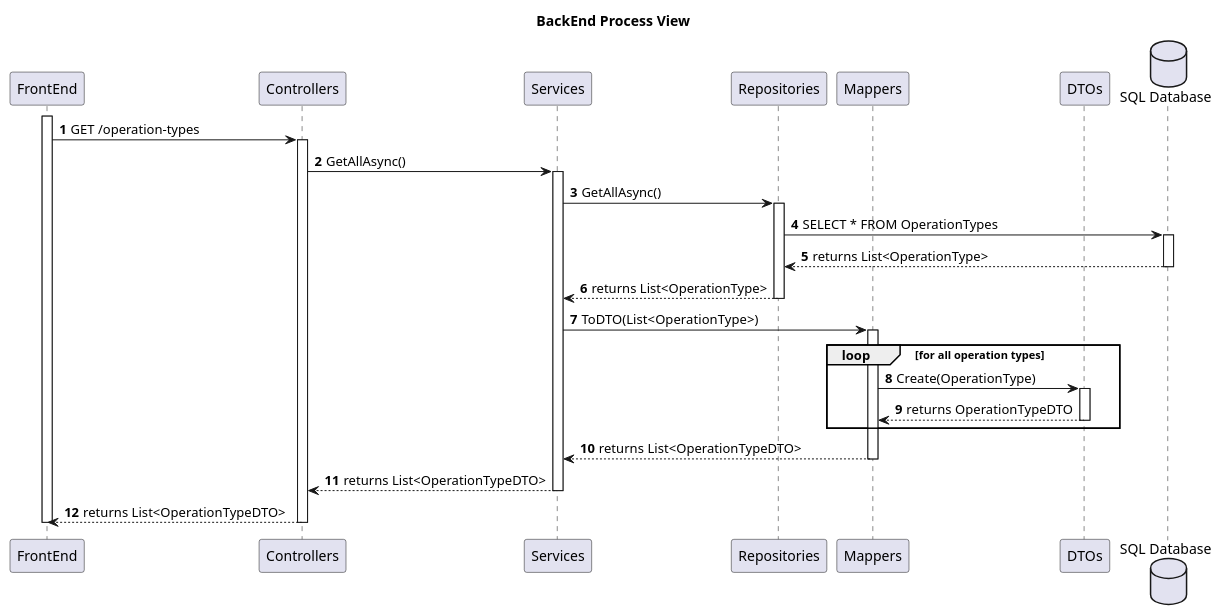
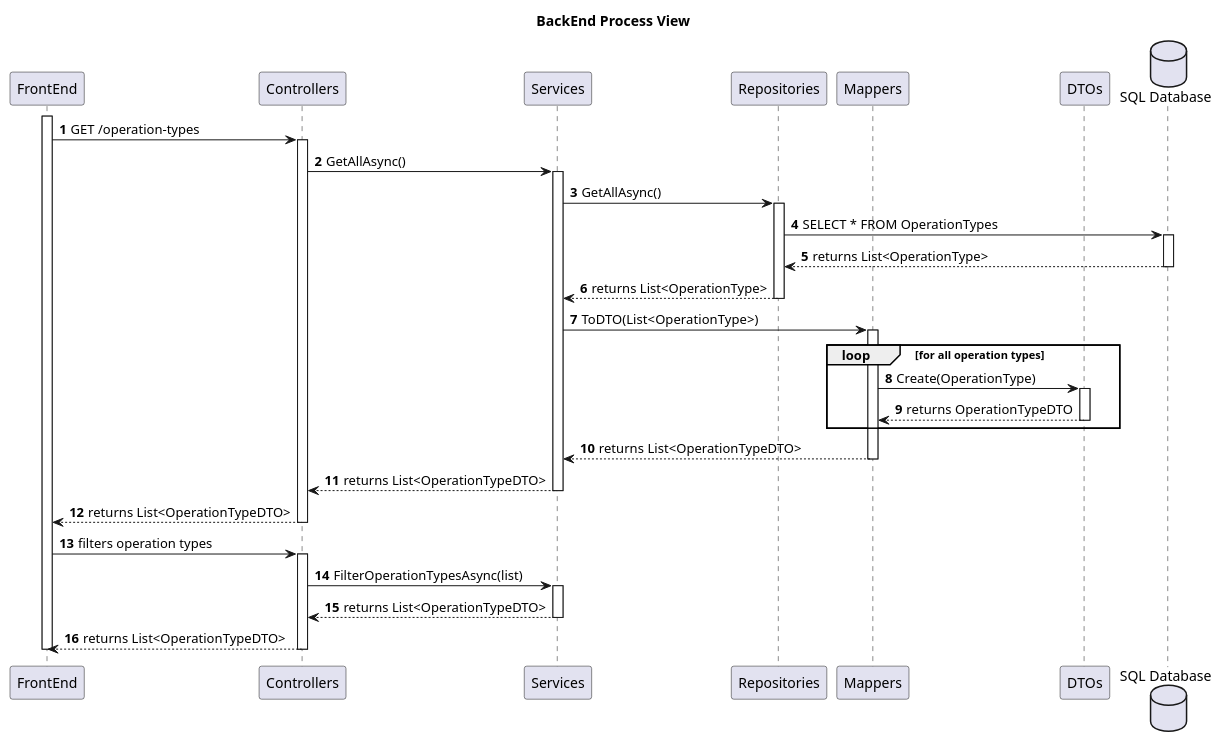
One commit to MiguelCardoso77/SurgicalSync-BackEnd changed the diagram in docs/SprintA/38-list-operation-types/level3/backend-process-view.puml. Above: the diagram before and after it, drawn with PlantUML. The commit also changed 3 other files, not shown here.

```diff
--- a/docs/SprintA/38-list-operation-types/level3/backend-process-view.puml
+++ b/docs/SprintA/38-list-operation-types/level3/backend-process-view.puml
@@ -1,55 +1,67 @@
  @startuml
 autonumber
 
 title BackEnd Process View
 
 participant "FrontEnd" as FE
 participant "Controllers" as CN
 participant "Services" as SV
 participant "Repositories" as REPO
 participant "Mappers" as MP
 participant "DTOs" as DTO
 database "SQL Database" as SQL
 
 activate FE
     FE -> CN : GET /operation-types
     activate CN
         
         CN -> SV : GetAllAsync()
         activate SV
         
             SV -> REPO : GetAllAsync()
             activate REPO
             
                 REPO -> SQL : SELECT * FROM OperationTypes
                 activate SQL
                 
                     SQL --> REPO : returns List<OperationType>
                 deactivate SQL
             
                 REPO --> SV : returns List<OperationType>
             deactivate REPO
             
             SV -> MP : ToDTO(List<OperationType>)
             activate MP
             
 loop for all operation types
                 MP -> DTO : Create(OperationType)
                 activate DTO
                 
                     DTO --> MP : returns OperationTypeDTO
                 deactivate DTO
 end loop
             
                 MP --> SV : returns List<OperationTypeDTO>
             deactivate MP
         
             SV --> CN : returns List<OperationTypeDTO>
         deactivate SV
         
         CN --> FE : returns List<OperationTypeDTO>
     deactivate CN
+    
+    FE -> CN : filters operation types
+    activate CN
+    
+        CN -> SV : FilterOperationTypesAsync(list)
+        activate SV
+        
+            SV --> CN : returns List<OperationTypeDTO>
+        deactivate SV
+        
+        CN --> FE : returns List<OperationTypeDTO>
+    deactivate CN
 
 deactivate FE
 
 @enduml
```
